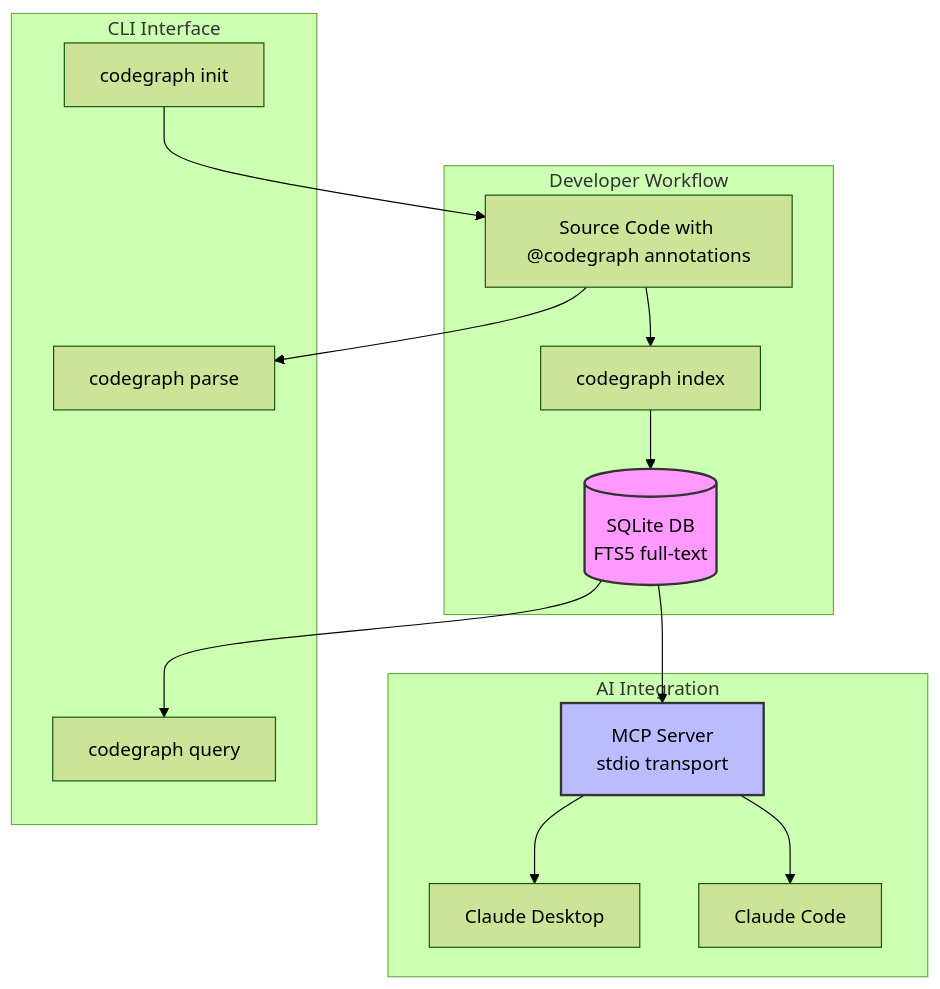
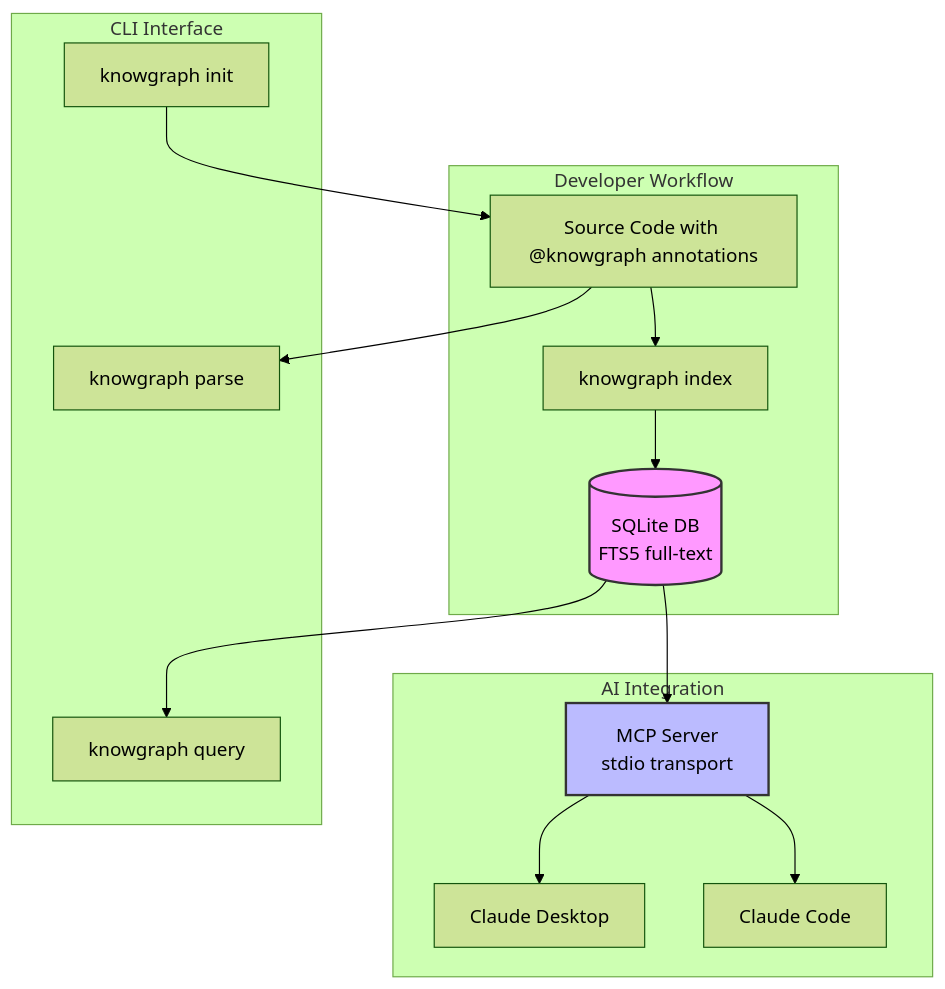
Before and after one commit to idosams/know-know: the first of 12 diagrams in docs/README.md, drawn with Mermaid (forest theme). The commit also changed other lines of this file and 107 other files, not shown here.

First line of the commit message:
refactor: rename codegraph to knowgraph across entire project (#8)

````diff
--- a/docs/README.md
+++ b/docs/README.md
@@ -68,22 +68,22 @@
 ```mermaid
 graph TD
     subgraph "Developer Workflow"
-        A[Source Code with @codegraph annotations] --> B[codegraph index]
+        A[Source Code with @knowgraph annotations] --> B[knowgraph index]
         B --> C[(SQLite DB<br/>FTS5 full-text)]
     end
 
     subgraph "AI Integration"
         C --> D[MCP Server<br/>stdio transport]
         D --> E[Claude Desktop]
         D --> F[Claude Code]
     end
 
     subgraph "CLI Interface"
-        C --> G[codegraph query]
-        A --> H[codegraph parse]
-        I[codegraph init] --> A
+        C --> G[knowgraph query]
+        A --> H[knowgraph parse]
+        I[knowgraph init] --> A
     end
 
     style C fill:#f9f,stroke:#333,stroke-width:2px
     style D fill:#bbf,stroke:#333,stroke-width:2px
 ```
````
